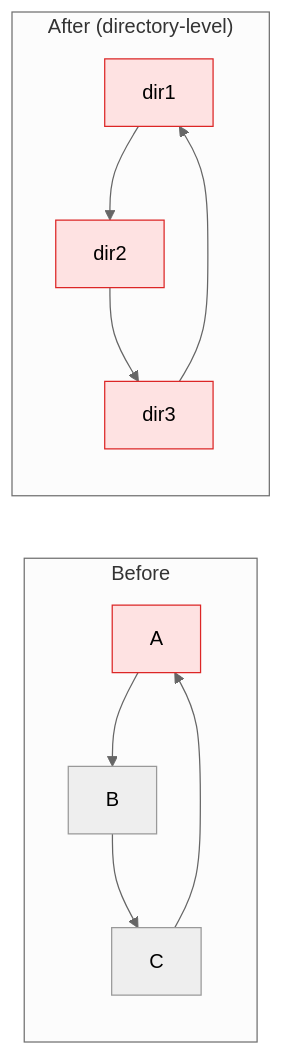
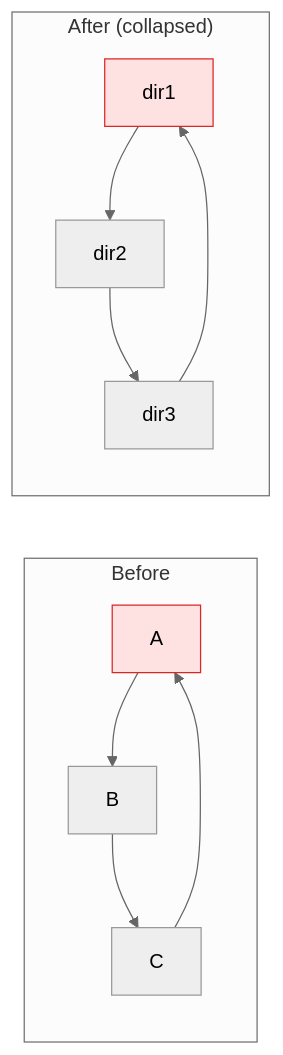
One commit to fisher-89/dependency-cruiser-reporter changed the sixth of 6 diagrams in docs/architecture/aggregation.md. Above: the diagram before and after it, drawn with Mermaid (neutral theme). The commit also changed other lines of this file and 12 other files, not shown here.

````diff
--- a/docs/architecture/aggregation.md
+++ b/docs/architecture/aggregation.md
@@ -131,15 +170,13 @@
 ```mermaid
 flowchart LR
     subgraph Before["Before"]
         A --> B --> C --> A
     end
 
-    subgraph After["After (directory-level)"]
+    subgraph After["After (collapsed)"]
         D1[dir1] --> D2[dir2] --> D3[dir3] --> D1
     end
 
     style A fill:#fee2e2,stroke:#dc2626
     style D1 fill:#fee2e2,stroke:#dc2626
-    style D2 fill:#fee2e2,stroke:#dc2626
-    style D3 fill:#fee2e2,stroke:#dc2626
 ```
````
